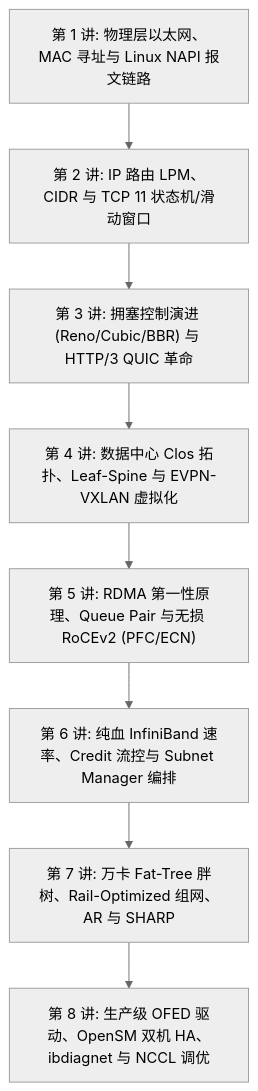
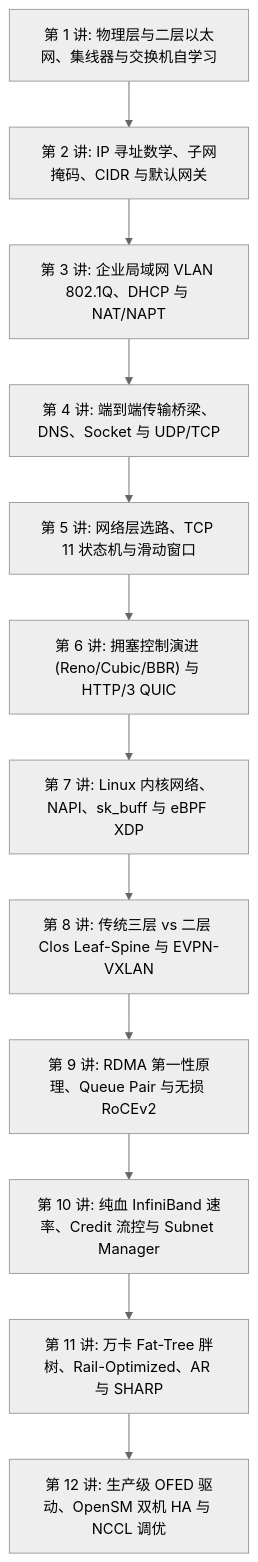
One commit to ifnodoraemon/ifnodoraemon.github.io changed the fourth of 4 diagrams in content/zh/articles/infiniband-production-deployment-opensm-ofed-nccl-tuning.md. Above: the diagram before and after it, drawn with Mermaid (neutral theme). The commit also changed other lines of this file and 42 other files, not shown here.

````diff
--- a/content/zh/articles/infiniband-production-deployment-opensm-ofed-nccl-tuning.md
+++ b/content/zh/articles/infiniband-production-deployment-opensm-ofed-nccl-tuning.md
@@ -263,10 +263,14 @@
 ```mermaid
 flowchart TD
-    Ch1["第 1 讲: 物理层以太网、MAC 寻址与 Linux NAPI 报文链路"] --> Ch2["第 2 讲: IP 路由 LPM、CIDR 与 TCP 11 状态机/滑动窗口"]
-    Ch2 --> Ch3["第 3 讲: 拥塞控制演进 (Reno/Cubic/BBR) 与 HTTP/3 QUIC 革命"]
-    Ch3 --> Ch4["第 4 讲: 数据中心 Clos 拓扑、Leaf-Spine 与 EVPN-VXLAN 虚拟化"]
-    Ch4 --> Ch5["第 5 讲: RDMA 第一性原理、Queue Pair 与无损 RoCEv2 (PFC/ECN)"]
-    Ch5 --> Ch6["第 6 讲: 纯血 InfiniBand 速率、Credit 流控与 Subnet Manager 编排"]
-    Ch6 --> Ch7["第 7 讲: 万卡 Fat-Tree 胖树、Rail-Optimized 组网、AR 与 SHARP"]
-    Ch7 --> Ch8["第 8 讲: 生产级 OFED 驱动、OpenSM 双机 HA、ibdiagnet 与 NCCL 调优"]
+    Ch1["第 1 讲: 物理层与二层以太网、集线器与交换机自学习"] --> Ch2["第 2 讲: IP 寻址数学、子网掩码、CIDR 与默认网关"]
+    Ch2 --> Ch3["第 3 讲: 企业局域网 VLAN 802.1Q、DHCP 与 NAT/NAPT"]
+    Ch3 --> Ch4["第 4 讲: 端到端传输桥梁、DNS、Socket 与 UDP/TCP"]
+    Ch4 --> Ch5["第 5 讲: 网络层选路、TCP 11 状态机与滑动窗口"]
+    Ch5 --> Ch6["第 6 讲: 拥塞控制演进 (Reno/Cubic/BBR) 与 HTTP/3 QUIC"]
+    Ch6 --> Ch7["第 7 讲: Linux 内核网络、NAPI、sk_buff 与 eBPF XDP"]
+    Ch7 --> Ch8["第 8 讲: 传统三层 vs 二层 Clos Leaf-Spine 与 EVPN-VXLAN"]
+    Ch8 --> Ch9["第 9 讲: RDMA 第一性原理、Queue Pair 与无损 RoCEv2"]
+    Ch9 --> Ch10["第 10 讲: 纯血 InfiniBand 速率、Credit 流控与 Subnet Manager"]
+    Ch10 --> Ch11["第 11 讲: 万卡 Fat-Tree 胖树、Rail-Optimized、AR 与 SHARP"]
+    Ch11 --> Ch12["第 12 讲: 生产级 OFED 驱动、OpenSM 双机 HA 与 NCCL 调优"]
 ```
````
